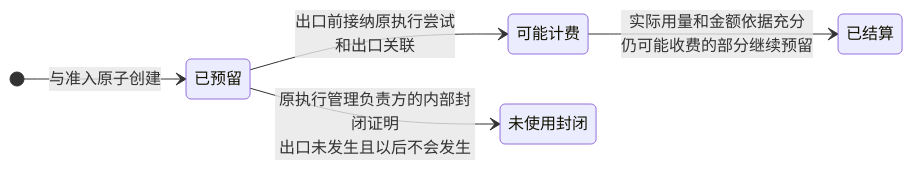
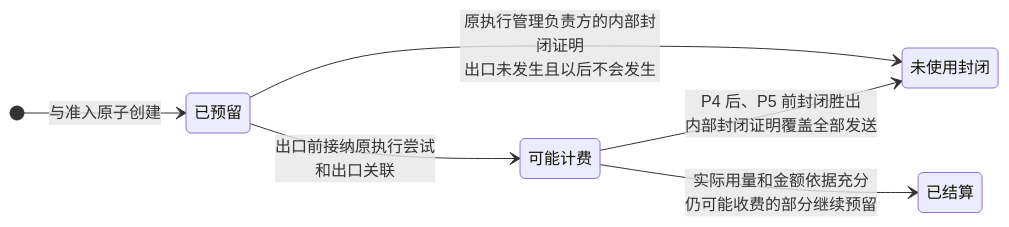
One commit to ruipengliu/lerna changed the diagram in docs/architecture/core/budget/README.md. Above: the diagram before and after it, drawn with Mermaid. The commit also changed other lines of this file and 55 other files, not shown here.

````diff
--- a/docs/architecture/core/budget/README.md
+++ b/docs/architecture/core/budget/README.md
@@ -133,12 +135,13 @@
 ```mermaid
 stateDiagram-v2
     direction LR
     state "已预留" as Reserved
     state "可能计费" as Billable
     state "未使用封闭" as Unused
     state "已结算" as Settled
     [*] --> Reserved: 与准入原子创建
     Reserved --> Billable: 出口前接纳原执行尝试<br/>和出口关联
     Reserved --> Unused: 原执行管理负责方的内部封闭证明<br/>出口未发生且以后不会发生
+    Billable --> Unused: P4 后、P5 前封闭胜出<br/>内部封闭证明覆盖全部发送
     Billable --> Settled: 实际用量和金额依据充分<br/>仍可能收费的部分继续预留
 ```
````
